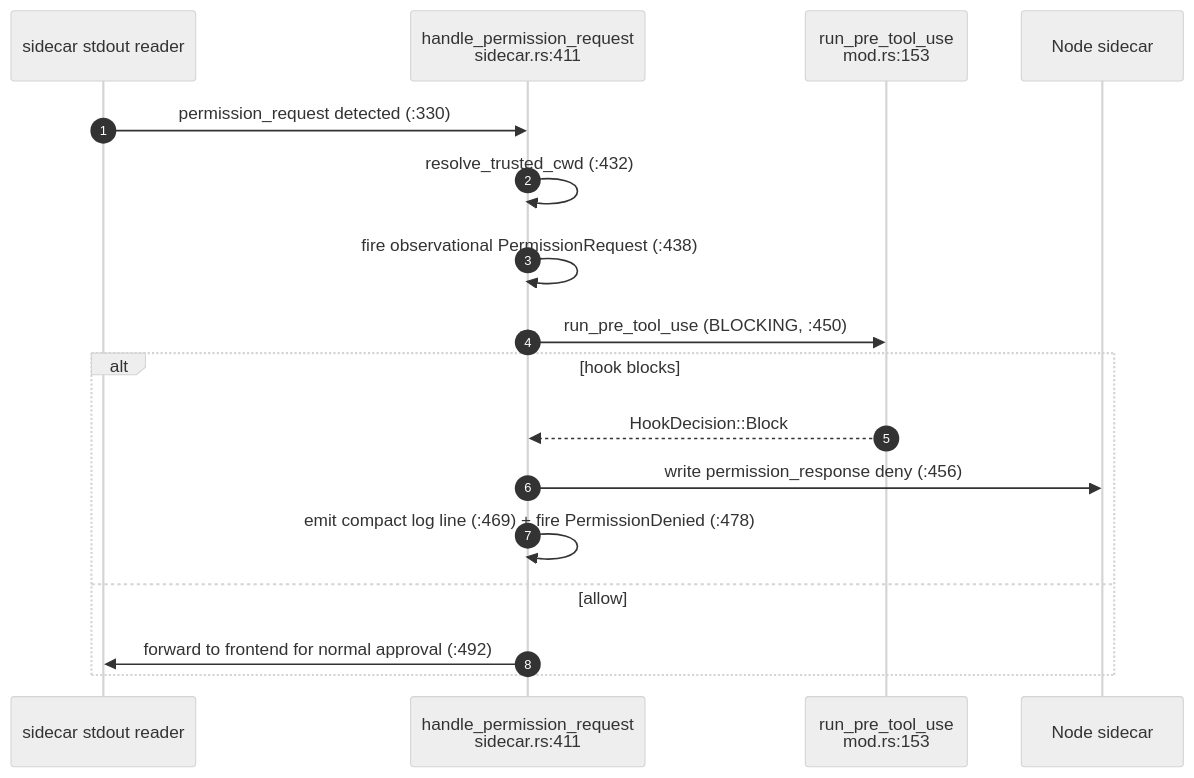
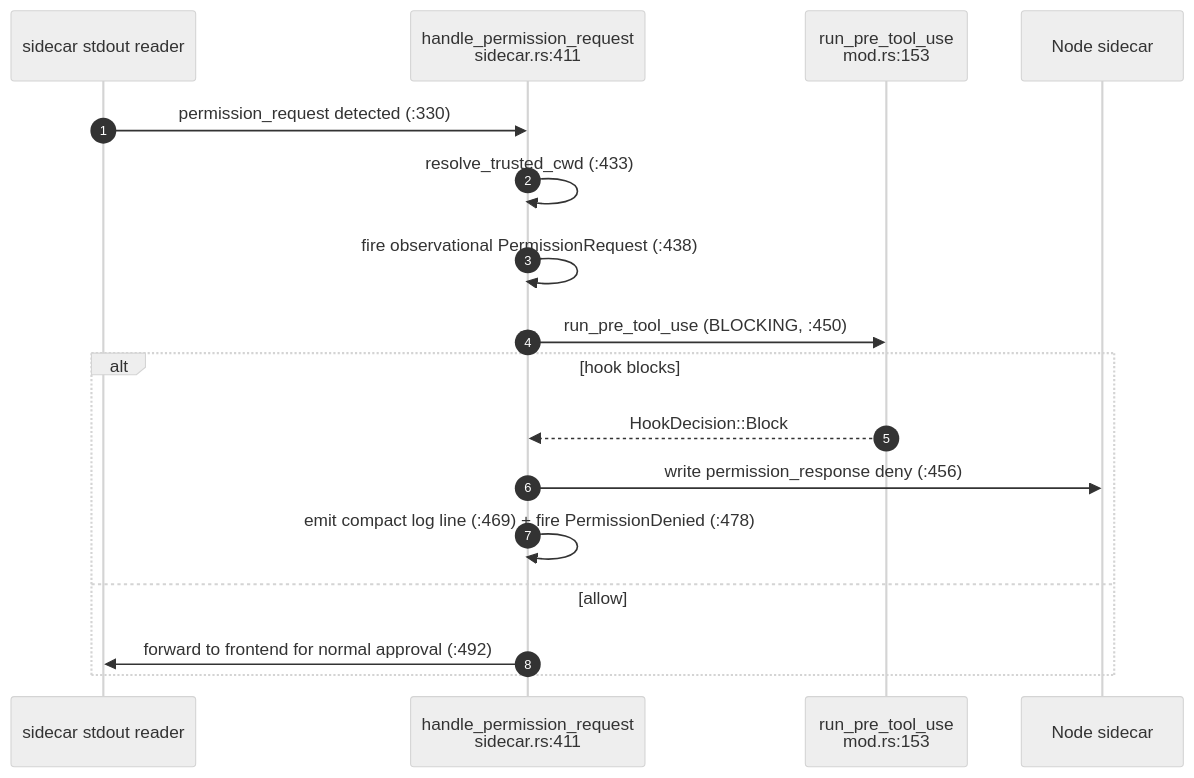
Before and after one commit to MaxQian888/cognia-next: the second of 3 diagrams in docs/content/docs/en/chat/built-in-agent/hooks.mdx, drawn with Mermaid (neutral theme). The commit also changed other lines of this file and 17 other files, not shown here.

````diff
--- a/docs/content/docs/en/chat/built-in-agent/hooks.mdx
+++ b/docs/content/docs/en/chat/built-in-agent/hooks.mdx
@@ -78,20 +78,20 @@
 ```mermaid
 sequenceDiagram
   autonumber
   participant SC as sidecar stdout reader
   participant HP as handle_permission_request<br/>sidecar.rs:411
   participant HK as run_pre_tool_use<br/>mod.rs:153
   participant SK as Node sidecar
 
   SC->>HP: permission_request detected (:330)
-  HP->>HP: resolve_trusted_cwd (:432)
+  HP->>HP: resolve_trusted_cwd (:433)
   HP->>HP: fire observational PermissionRequest (:438)
   HP->>HK: run_pre_tool_use (BLOCKING, :450)
   alt hook blocks
     HK-->>HP: HookDecision::Block
     HP->>SK: write permission_response deny (:456)
     HP->>HP: emit compact log line (:469) + fire PermissionDenied (:478)
   else allow
     HP->>SC: forward to frontend for normal approval (:492)
   end
 ```
````
